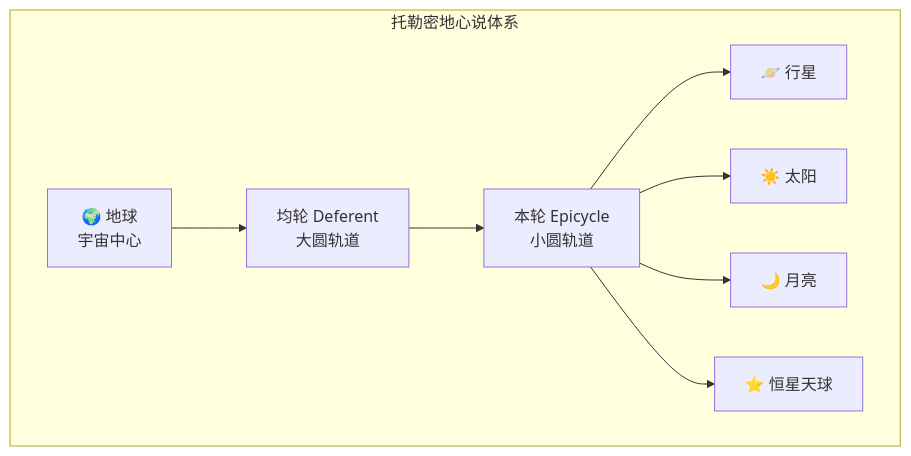
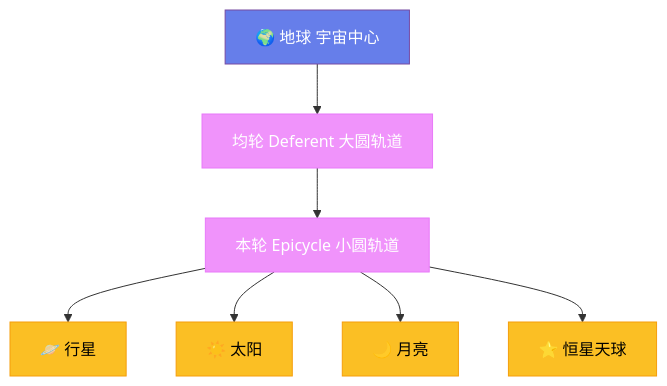
One commit to Fengur/Fengur.github.io changed the diagram in content/posts/ModelCreate/天文学与宇宙/01-仰望星空——古代天文学.md. Above: the diagram before and after it, drawn with Mermaid.

Commit message:
Mermaid图表分色：中心紫/轨道粉/天体金

````diff
--- a/content/posts/ModelCreate/天文学与宇宙/01-仰望星空——古代天文学.md
+++ b/content/posts/ModelCreate/天文学与宇宙/01-仰望星空——古代天文学.md
@@ -54,13 +54,20 @@
 ```mermaid
 graph TB
-    subgraph 托勒密地心说体系
-        E[🌍 地球<br/>宇宙中心]
-        D[均轮 Deferent<br/>大圆轨道]
-        E --> D
-        D --> EP[本轮 Epicycle<br/>小圆轨道]
-        EP --> P[🪐 行星]
-        EP --> S[☀️ 太阳]
-        EP --> M[🌙 月亮]
-        EP --> ST[⭐ 恒星天球]
-    end
+    classDef center fill:#667eea,stroke:#764ba2,color:#fff
+    classDef orbit fill:#f093fb,stroke:#e879f9,color:#fff
+    classDef body fill:#fbbf24,stroke:#f59e0b,color:#000
+
+    E[🌍 地球 宇宙中心]:::center
+    D[均轮 Deferent 大圆轨道]:::orbit
+    E --> D
+    EP[本轮 Epicycle 小圆轨道]:::orbit
+    D --> EP
+    P[🪐 行星]:::body
+    S[☀️ 太阳]:::body
+    M[🌙 月亮]:::body
+    ST[⭐ 恒星天球]:::body
+    EP --> P
+    EP --> S
+    EP --> M
+    EP --> ST
 ```
````
